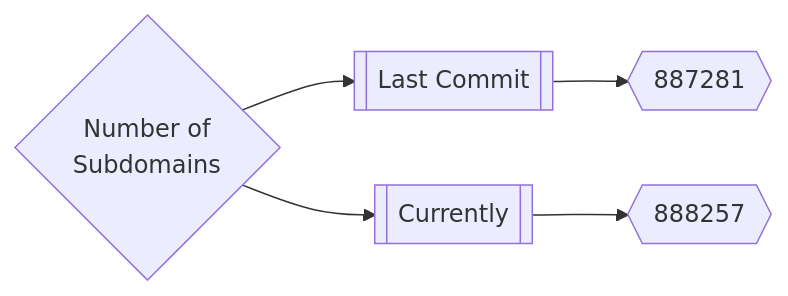
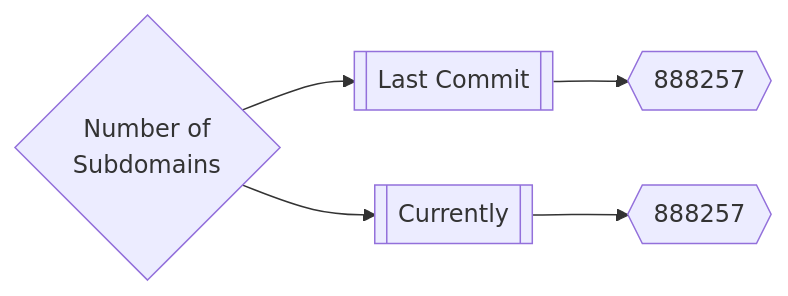
Before and after one commit to trickest/inventory: the first of 3 diagrams in README.md, drawn with Mermaid.

Commit message:
Update README.md Thu Jun 16 20:45:29 UTC 2022

````diff
--- a/README.md
+++ b/README.md
@@ -165,5 +165,5 @@
 ```mermaid
 graph LR
-title{Number of<br>Subdomains} --> subdomainsDate1[[Last Commit]] --> subdomainsNum1{{887281}}
+title{Number of<br>Subdomains} --> subdomainsDate1[[Last Commit]] --> subdomainsNum1{{888257}}
 title --> subdomainsDate2[[Currently]] --> subdomainsNum2{{888257}}
 ```
````
